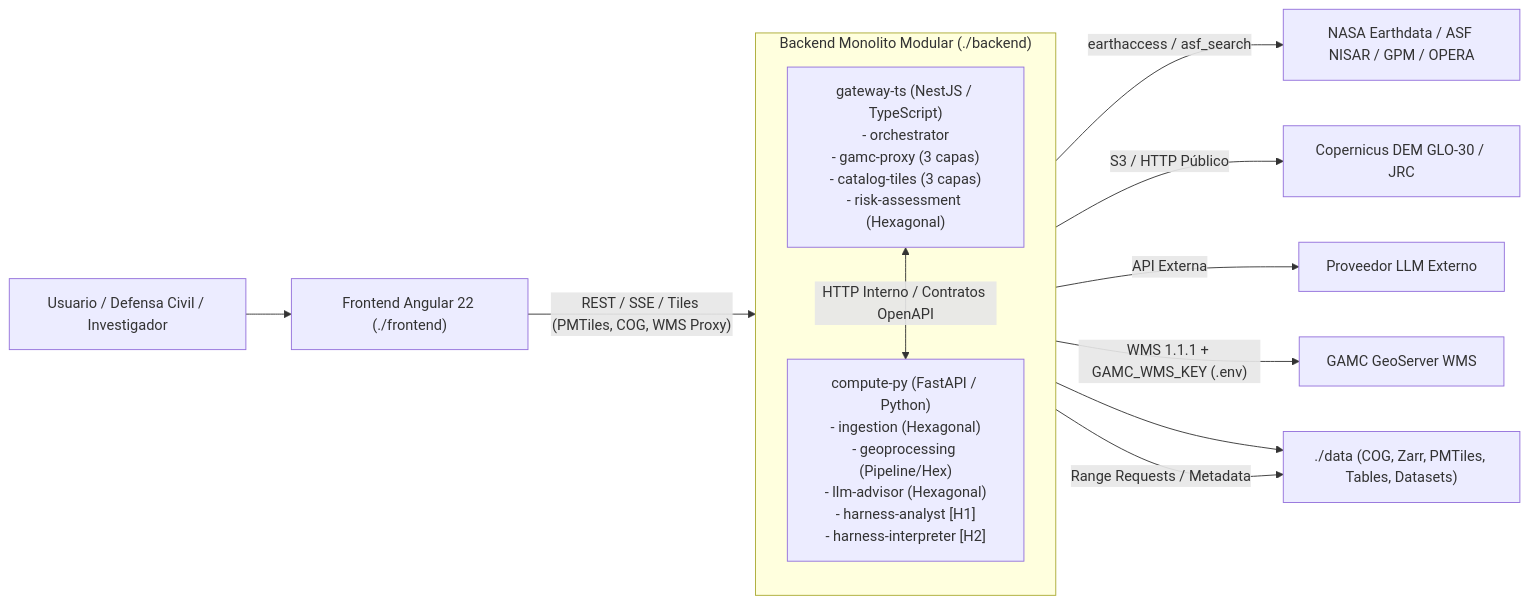
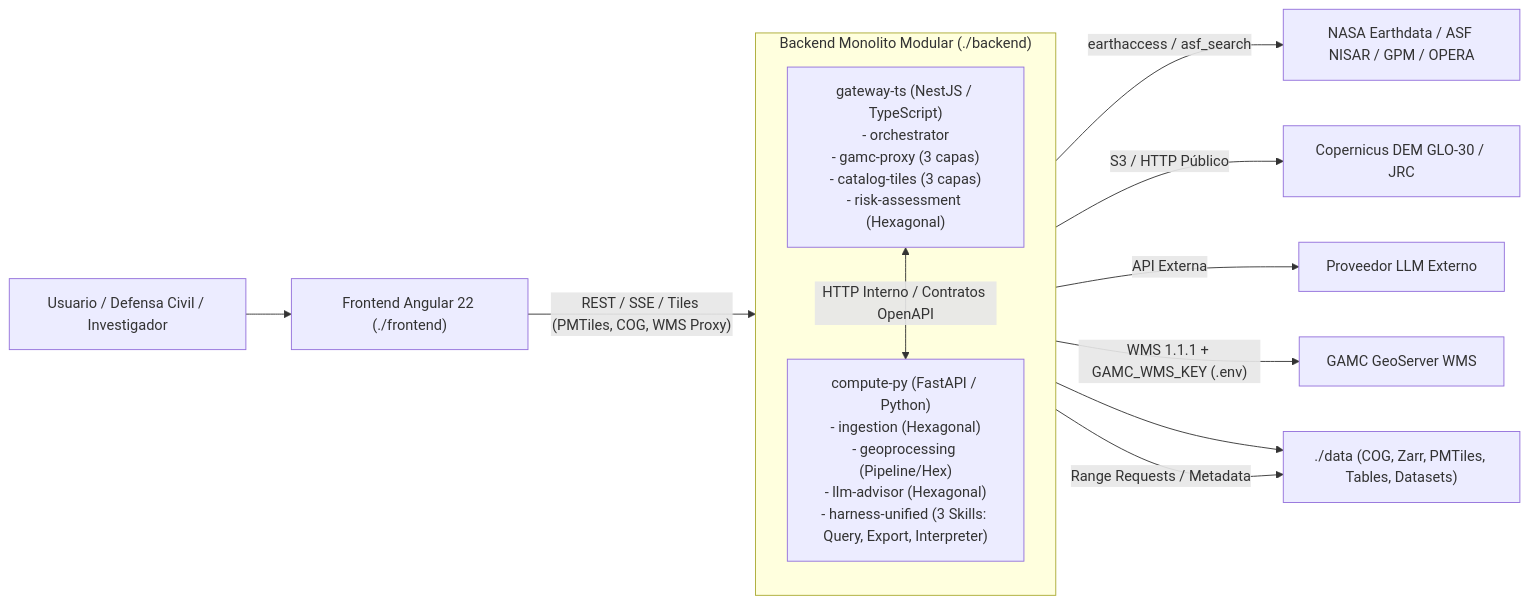
Before and after one commit to Jhoseb29/Dancing-With-The-Sar: the diagram in docs/01-architecture-overview.md, drawn with Mermaid. The commit also changed 35 other files, not shown here.

````diff
--- a/docs/01-architecture-overview.md
+++ b/docs/01-architecture-overview.md
@@ -7,21 +7,21 @@
 ```mermaid
 flowchart LR
     User["Usuario / Defensa Civil / Investigador"] --> FE["Frontend Angular 22 (./frontend)"]
 
     subgraph Backend["Backend Monolito Modular (./backend)"]
         direction TB
         GW["gateway-ts (NestJS / TypeScript)<br/>- orchestrator<br/>- gamc-proxy (3 capas)<br/>- catalog-tiles (3 capas)<br/>- risk-assessment (Hexagonal)"]
-        PY["compute-py (FastAPI / Python)<br/>- ingestion (Hexagonal)<br/>- geoprocessing (Pipeline/Hex)<br/>- llm-advisor (Hexagonal)<br/>- harness-analyst [H1]<br/>- harness-interpreter [H2]"]
+        PY["compute-py (FastAPI / Python)<br/>- ingestion (Hexagonal)<br/>- geoprocessing (Pipeline/Hex)<br/>- llm-advisor (Hexagonal)<br/>- harness-unified (3 Skills: Query, Export, Interpreter)"]
         GW <-->|"HTTP Interno / Contratos OpenAPI"| PY
     end
 
     FE -->|"REST / SSE / Tiles (PMTiles, COG, WMS Proxy)"| GW
 
     PY -->|"earthaccess / asf_search"| NASA["NASA Earthdata / ASF NISAR / GPM / OPERA"]
     PY -->|"S3 / HTTP Público"| DEM["Copernicus DEM GLO-30 / JRC"]
     PY -->|"API Externa"| LLM["Proveedor LLM Externo"]
     GW -->|"WMS 1.1.1 + GAMC_WMS_KEY (.env)"| GAMC["GAMC GeoServer WMS"]
 
     PY --> DATA["./data (COG, Zarr, PMTiles, Tables, Datasets)"]
     GW -->|"Range Requests / Metadata"| DATA
 ```
````
